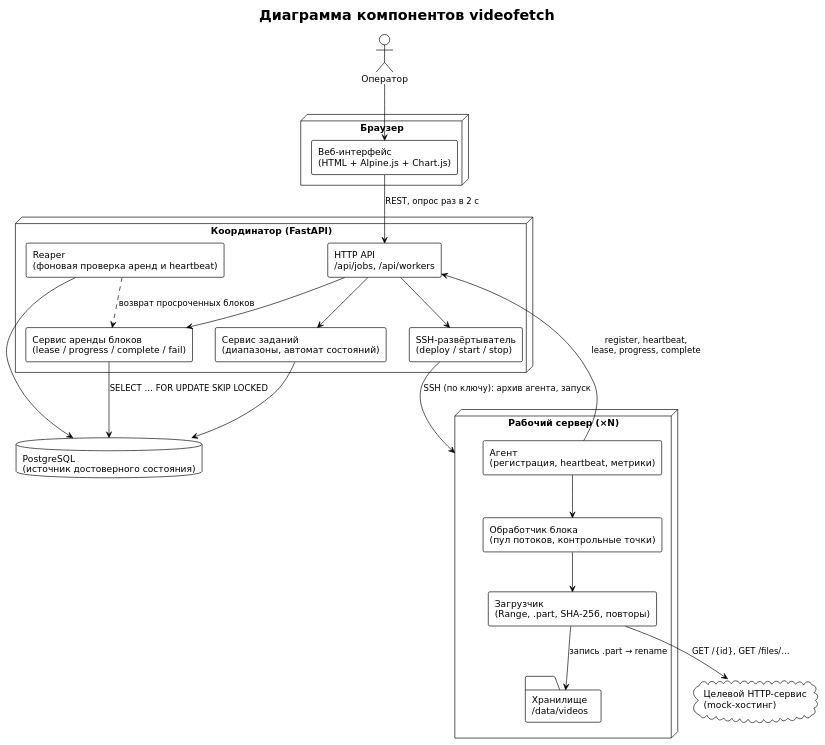
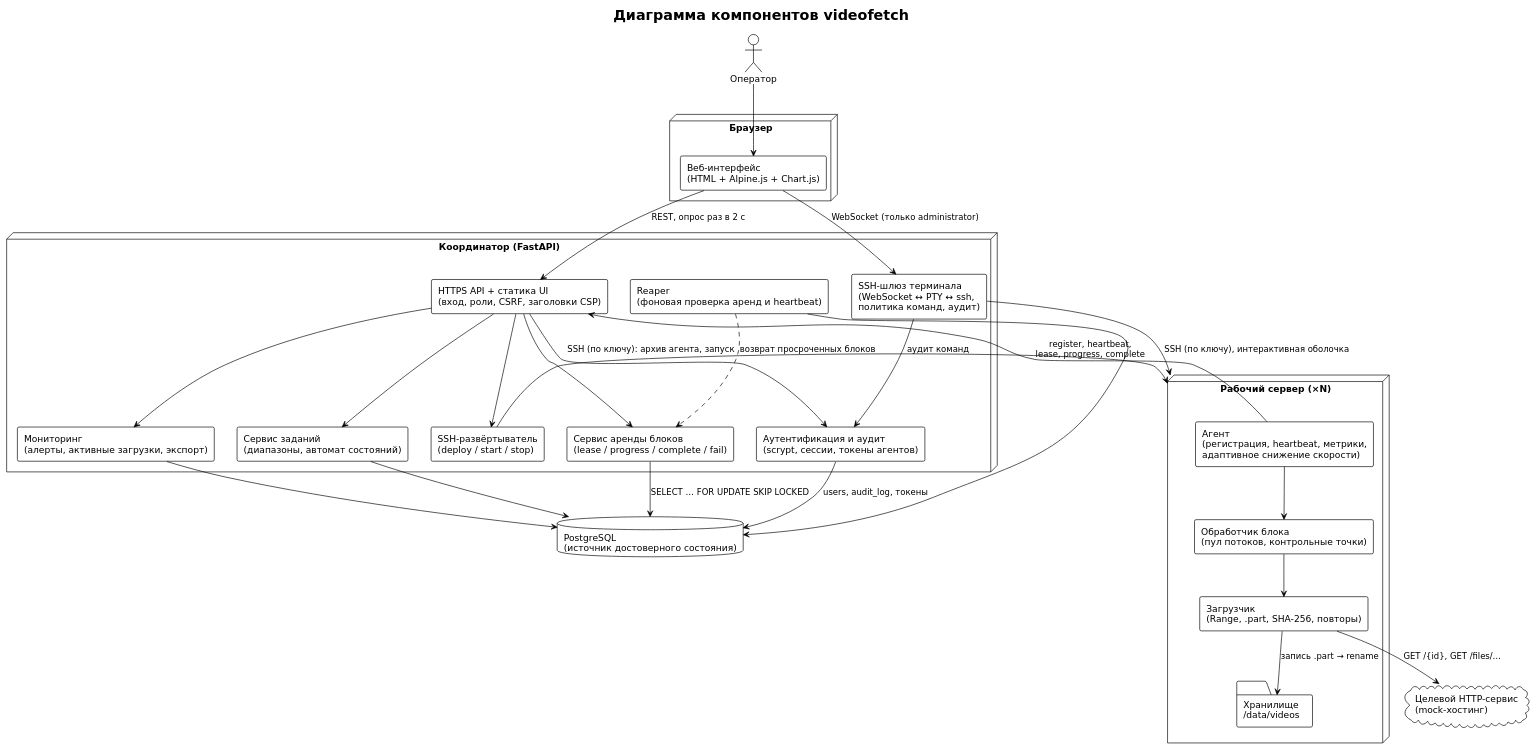
The diagram in docs/diagrams/components.puml (albert-dvrk/upt), drawn with PlantUML before and after one commit. The commit also changed 11 other files, not shown here.

Commit message:
Отчёт: команда UPT, актуальное состояние, диаграммы

```diff
--- a/docs/diagrams/components.puml
+++ b/docs/diagrams/components.puml
@@ -1,47 +1,57 @@
 @startuml components
 !theme plain
 skinparam defaultFontName DejaVu Sans
 skinparam componentStyle rectangle
 skinparam shadowing false
 title Диаграмма компонентов videofetch
 
 actor "Оператор" as User
 node "Браузер" {
   component "Веб-интерфейс\n(HTML + Alpine.js + Chart.js)" as UI
 }
 
 node "Координатор (FastAPI)" as Coord {
-  component "HTTP API\n/api/jobs, /api/workers" as API
+  component "HTTPS API + статика UI\n(вход, роли, CSRF, заголовки CSP)" as API
+  component "Аутентификация и аудит\n(scrypt, сессии, токены агентов)" as Auth
+  component "Мониторинг\n(алерты, активные загрузки, экспорт)" as Mon
+  component "SSH-шлюз терминала\n(WebSocket ↔ PTY ↔ ssh,\nполитика команд, аудит)" as Term
   component "Сервис заданий\n(диапазоны, автомат состояний)" as Jobs
   component "Сервис аренды блоков\n(lease / progress / complete / fail)" as Leases
   component "Reaper\n(фоновая проверка аренд и heartbeat)" as Reaper
   component "SSH-развёртыватель\n(deploy / start / stop)" as Deploy
 }
 
 database "PostgreSQL\n(источник достоверного состояния)" as DB
 
 node "Рабочий сервер (×N)" as Worker {
-  component "Агент\n(регистрация, heartbeat, метрики)" as Agent
+  component "Агент\n(регистрация, heartbeat, метрики,\nадаптивное снижение скорости)" as Agent
   component "Обработчик блока\n(пул потоков, контрольные точки)" as Proc
   component "Загрузчик\n(Range, .part, SHA-256, повторы)" as Fetch
   folder "Хранилище\n/data/videos" as Disk
 }
 
 cloud "Целевой HTTP-сервис\n(mock-хостинг)" as Target
 
 User --> UI
 UI --> API : REST, опрос раз в 2 с
+UI --> Term : WebSocket (только administrator)
+API --> Auth
+API --> Mon
+Auth --> DB : users, audit_log, токены
+Mon --> DB
+Term --> Worker : SSH (по ключу), интерактивная оболочка
+Term --> Auth : аудит команд
 API --> Jobs
 API --> Leases
 API --> Deploy
 Jobs --> DB
 Leases --> DB : SELECT … FOR UPDATE SKIP LOCKED
 Reaper --> DB
 Reaper ..> Leases : возврат просроченных блоков
 Deploy --> Worker : SSH (по ключу): архив агента, запуск
 Agent --> API : register, heartbeat,\nlease, progress, complete
 Agent --> Proc
 Proc --> Fetch
 Fetch --> Target : GET /{id}, GET /files/…
 Fetch --> Disk : запись .part → rename
 @enduml
```
